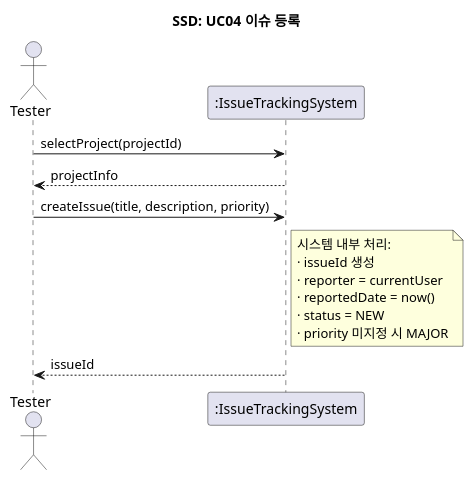
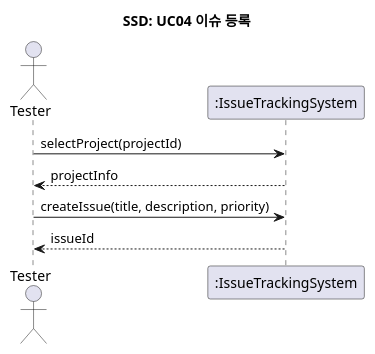
One commit to SoftwareEngineeringTeam10/SE-IssueTrackingSystem changed the diagram in docs/analysis/ssd/ssd_uc04_register_issue.puml. Above: the diagram before and after it, drawn with PlantUML. The commit also changed 1 other file, not shown here.

```diff
--- a/docs/analysis/ssd/ssd_uc04_register_issue.puml
+++ b/docs/analysis/ssd/ssd_uc04_register_issue.puml
@@ -1,21 +1,13 @@
 @startuml SSD_UC04_RegisterIssue
 title SSD: UC04 이슈 등록
 
 actor Tester as t
 participant ":IssueTrackingSystem" as sys
 
 t -> sys : selectProject(projectId)
 sys --> t : projectInfo
 
 t -> sys : createIssue(title, description, priority)
-note right of sys
-  시스템 내부 처리:
-  · issueId 생성
-  · reporter = currentUser
-  · reportedDate = now()
-  · status = NEW
-  · priority 미지정 시 MAJOR
-end note
 sys --> t : issueId
 
 @enduml
```
